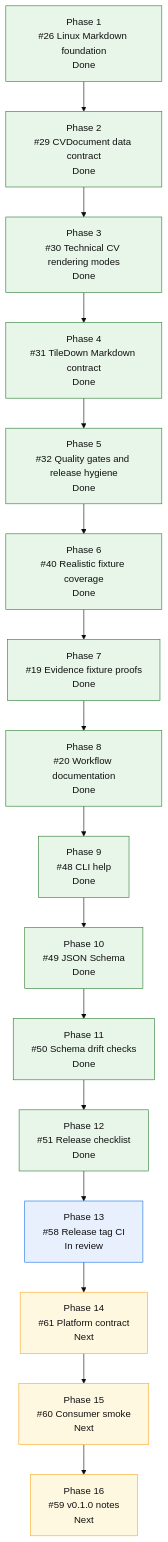
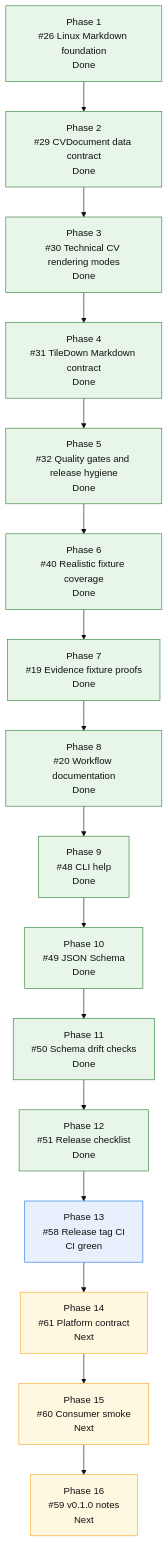
Before and after one commit to mihaelamj/cvbuilder: the diagram in README.md, drawn with Mermaid (base theme). The commit also changed 1 other file, not shown here.

Commit message:
docs(roadmap): mark release tag CI green

````diff
--- a/README.md
+++ b/README.md
@@ -167,32 +167,32 @@
 ```mermaid
 flowchart TD
     P1["Phase 1<br/>#26 Linux Markdown foundation<br/>Done"]
     P2["Phase 2<br/>#29 CVDocument data contract<br/>Done"]
     P3["Phase 3<br/>#30 Technical CV rendering modes<br/>Done"]
     P4["Phase 4<br/>#31 TileDown Markdown contract<br/>Done"]
     P5["Phase 5<br/>#32 Quality gates and release hygiene<br/>Done"]
     P6["Phase 6<br/>#40 Realistic fixture coverage<br/>Done"]
     P7["Phase 7<br/>#19 Evidence fixture proofs<br/>Done"]
     P8["Phase 8<br/>#20 Workflow documentation<br/>Done"]
     P9["Phase 9<br/>#48 CLI help<br/>Done"]
     P10["Phase 10<br/>#49 JSON Schema<br/>Done"]
     P11["Phase 11<br/>#50 Schema drift checks<br/>Done"]
     P12["Phase 12<br/>#51 Release checklist<br/>Done"]
-    P13["Phase 13<br/>#58 Release tag CI<br/>In review"]
+    P13["Phase 13<br/>#58 Release tag CI<br/>CI green"]
     P14["Phase 14<br/>#61 Platform contract<br/>Next"]
     P15["Phase 15<br/>#60 Consumer smoke<br/>Next"]
     P16["Phase 16<br/>#59 v0.1.0 notes<br/>Next"]
 
     P1 --> P2 --> P3 --> P4 --> P5 --> P6 --> P7 --> P8 --> P9 --> P10 --> P11 --> P12 --> P13 --> P14 --> P15 --> P16
 
     classDef done fill:#e8f5e9,stroke:#2e7d32,color:#111;
     classDef active fill:#fff3e0,stroke:#ef6c00,color:#111;
     classDef review fill:#e8f0fe,stroke:#1a73e8,color:#111;
     classDef next fill:#fff8e1,stroke:#f9a825,color:#111;
     classDef partial fill:#e0f7fa,stroke:#00838f,color:#111;
     classDef todo fill:#eef3ff,stroke:#3367d6,color:#111;
     class P1,P2,P3,P4 done;
     class P5,P6,P7,P8,P9,P10,P11,P12 done;
     class P13 review;
     class P14,P15,P16 next;
 ```
````
